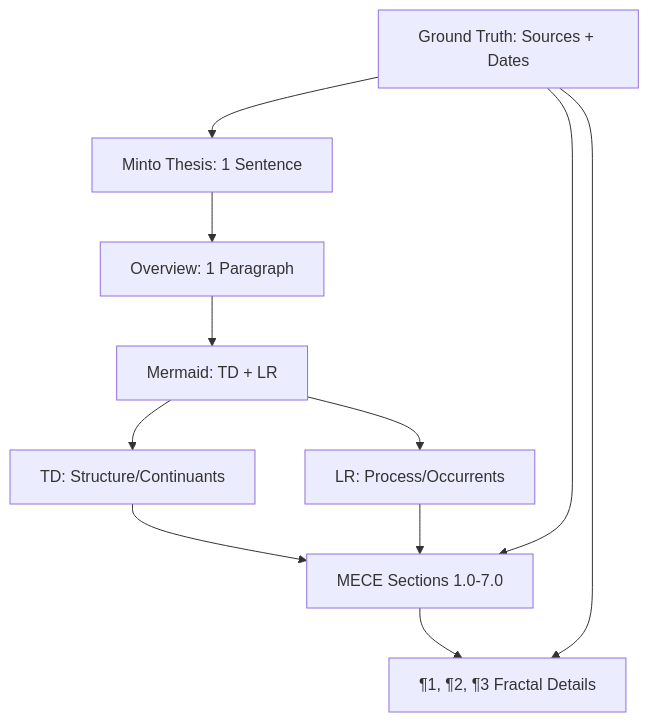
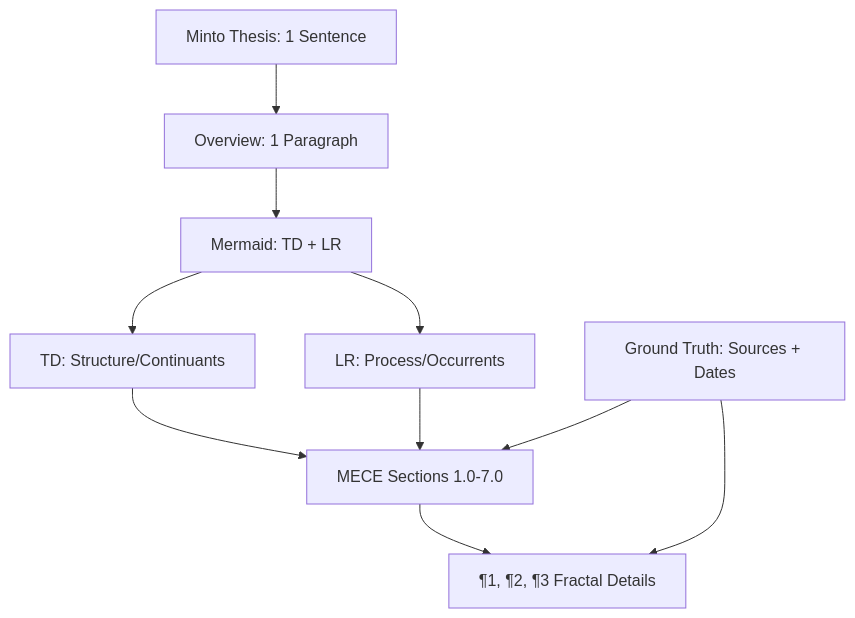
The diagram in skills/knowledge-framework/SKILL.md (tekliner/improvado-agentic-frameworks-and-skills), drawn with Mermaid before and after one commit.

Commit message:
fix(knowledge-framework): Remove Ground Truth → Thesis link
Thesis is synthesis, not direct Ground Truth source. Ground Truth only applies to MECE sections and details.

````diff
--- a/skills/knowledge-framework/SKILL.md
+++ b/skills/knowledge-framework/SKILL.md
@@ -11,17 +11,16 @@
 ```mermaid
 graph TD
     Thesis[Minto Thesis: 1 Sentence] --> Overview[Overview: 1 Paragraph]
     Overview --> Diagrams[Mermaid: TD + LR]
 
     Diagrams --> TD[TD: Structure/Continuants]
     Diagrams --> LR[LR: Process/Occurrents]
 
     TD --> MECE[MECE Sections 1.0-7.0]
     LR --> MECE
 
     MECE --> Details[¶1, ¶2, ¶3 Fractal Details]
 
-    GroundTruth[Ground Truth: Sources + Dates] --> Thesis
-    GroundTruth --> MECE
+    GroundTruth[Ground Truth: Sources + Dates] --> MECE
     GroundTruth --> Details
 ```
````
